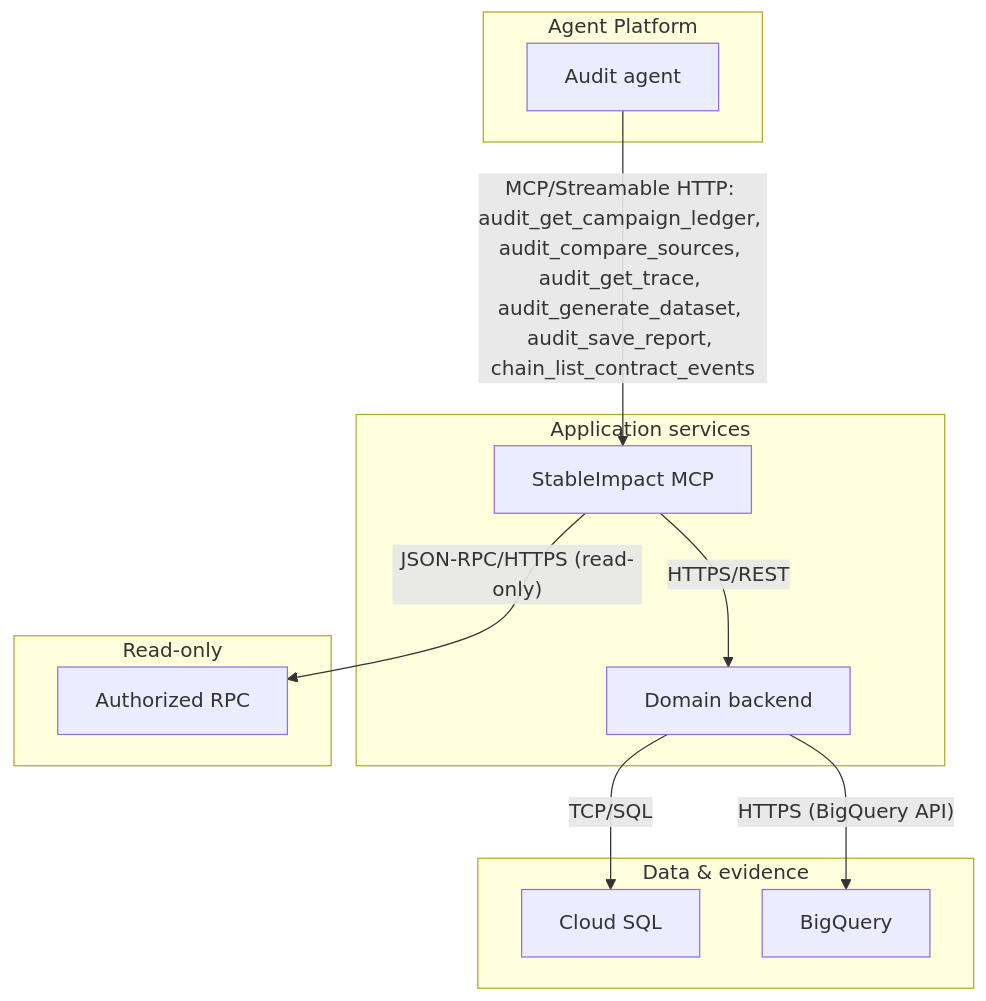
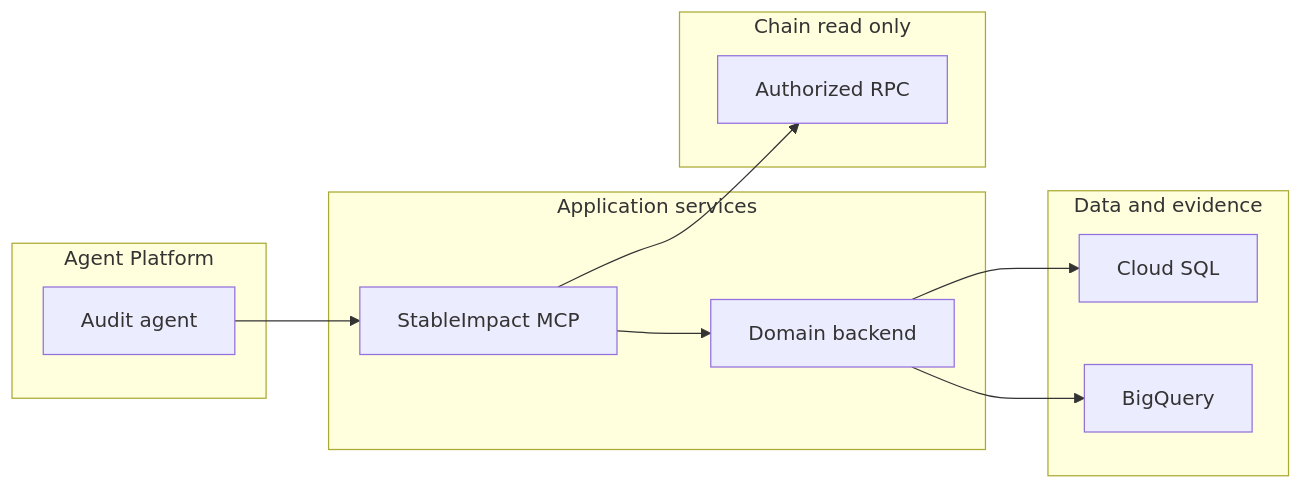
Before and after one commit to eweinmanepam/Documents: the tenth of 19 diagrams in stableimpact-design.md, drawn with Mermaid. The commit also changed other lines of this file, not shown here.

````diff
--- a/stableimpact-design.md
+++ b/stableimpact-design.md
@@ -354,26 +332,25 @@
 ```mermaid
-flowchart TB
+flowchart LR
   subgraph Platform[Agent Platform]
     AGENT[Audit agent]
   end
 
   subgraph AppSvc[Application services]
     MCP[StableImpact MCP]
     API[Domain backend]
   end
 
-  subgraph DataZone[Data & evidence]
+  subgraph DataZone[Data and evidence]
     SQL[Cloud SQL]
     BQ[BigQuery]
   end
 
-  subgraph Chain[Read-only]
+  subgraph Chain[Chain read only]
     RPC[Authorized RPC]
   end
 
-  AGENT -- MCP/Streamable HTTP: audit_get_campaign_ledger, audit_compare_sources, audit_get_trace, audit_generate_dataset, audit_save_report, chain_list_contract_events --> MCP
-  MCP -- HTTPS/REST --> API
-  API -- TCP/SQL --> SQL
-  MCP -- JSON-RPC/HTTPS (read-only) --> RPC
-  API -- HTTPS (BigQuery API) --> BQ
+  AGENT --> MCP --> API
+  API --> SQL
+  API --> BQ
+  MCP --> RPC
 ```
````
